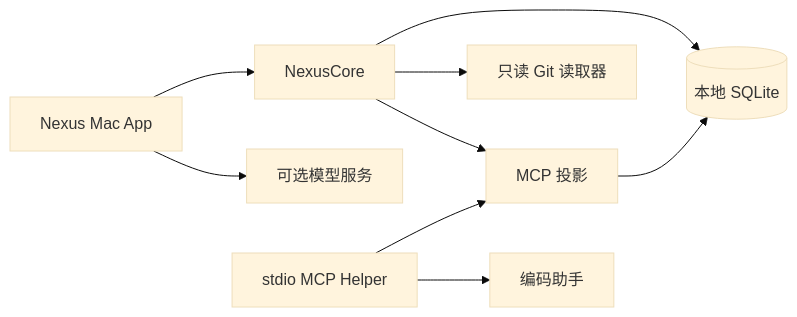
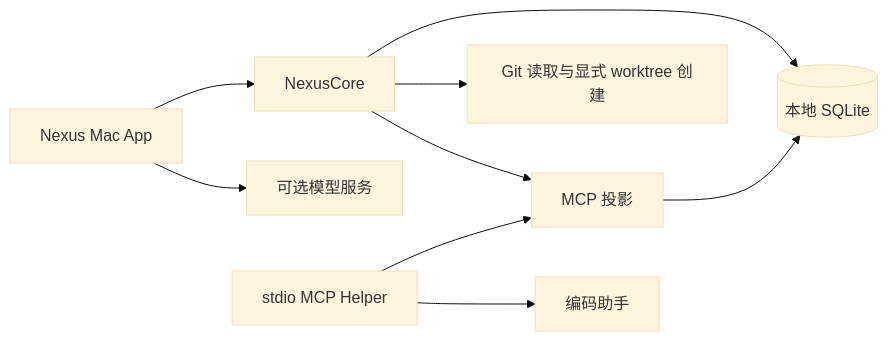
The diagram in docs/architecture.zh.md (NoraSoong/Nexus), drawn with Mermaid (base theme) before and after one commit. The commit also changed other lines of this file and 37 other files, not shown here.

````diff
--- a/docs/architecture.zh.md
+++ b/docs/architecture.zh.md
@@ -5,11 +5,11 @@
 ```mermaid
 flowchart LR
     App["Nexus Mac App"] --> Core["NexusCore"]
     App --> Models["可选模型服务"]
     Core --> Store[("本地 SQLite")]
-    Core --> Git["只读 Git 读取器"]
+    Core --> Git["Git 读取与显式 worktree 创建"]
     Core --> Projection["MCP 投影"]
     Projection --> Store
     Helper["stdio MCP Helper"] --> Projection
     Helper --> Assistants["编码助手"]
 ```
````
